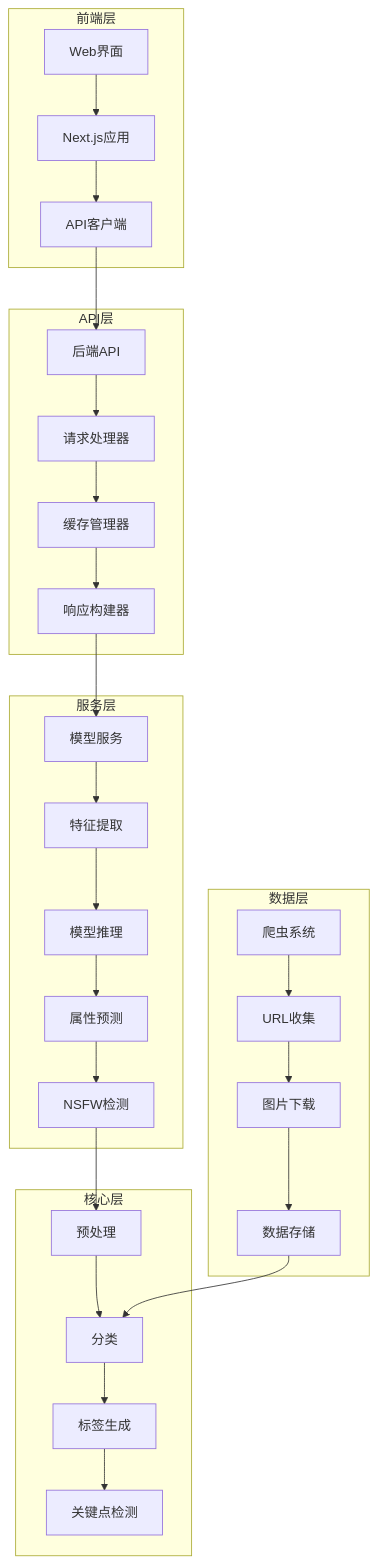
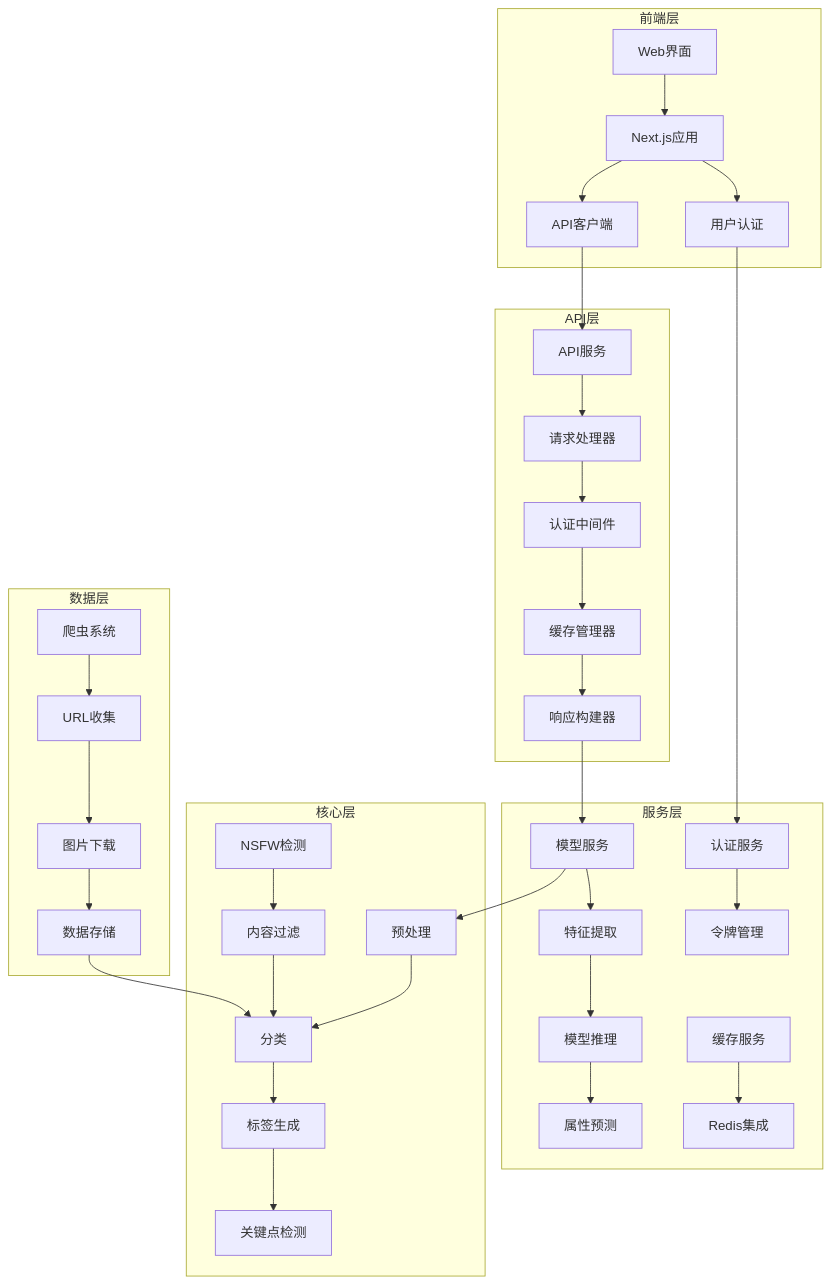
Before and after one commit to caozhaoqi/anime_role_detect: the first of 2 diagrams in README.zh.md, drawn with Mermaid. The commit also changed other lines of this file and 11 other files, not shown here.

````diff
--- a/README.zh.md
+++ b/README.zh.md
@@ -129,37 +135,43 @@
 ```mermaid
 flowchart TD
     subgraph 前端层
         A[Web界面] --> B[Next.js应用]
         B --> C[API客户端]
+        B --> D[用户认证]
     end
     
     subgraph API层
-        D[后端API] --> E[请求处理器]
-        E --> F[缓存管理器]
-        F --> G[响应构建器]
+        E[API服务] --> F[请求处理器]
+        F --> G[认证中间件]
+        G --> H[缓存管理器]
+        H --> I[响应构建器]
     end
     
     subgraph 服务层
-        H[模型服务] --> I[特征提取]
-        I --> J[模型推理]
-        J --> K[属性预测]
-        K --> L[NSFW检测]
+        J[模型服务] --> K[特征提取]
+        K --> L[模型推理]
+        L --> M[属性预测]
+        N[认证服务] --> O[令牌管理]
+        P[缓存服务] --> Q[Redis集成]
     end
     
     subgraph 核心层
-        M[预处理] --> N[分类]
-        N --> O[标签生成]
-        O --> P[关键点检测]
+        R[预处理] --> S[分类]
+        S --> T[标签生成]
+        T --> U[关键点检测]
+        V[NSFW检测] --> W[内容过滤]
     end
     
     subgraph 数据层
-        Q[爬虫系统] --> R[URL收集]
-        R --> S[图片下载]
-        S --> T[数据存储]
+        X[爬虫系统] --> Y[URL收集]
+        Y --> Z[图片下载]
+        Z --> AA[数据存储]
     end
     
-    C --> D
-    G --> H
-    L --> M
-    T --> N
+    C --> E
+    D --> N
+    I --> J
+    J --> R
+    W --> S
+    AA --> S
 ```
````
